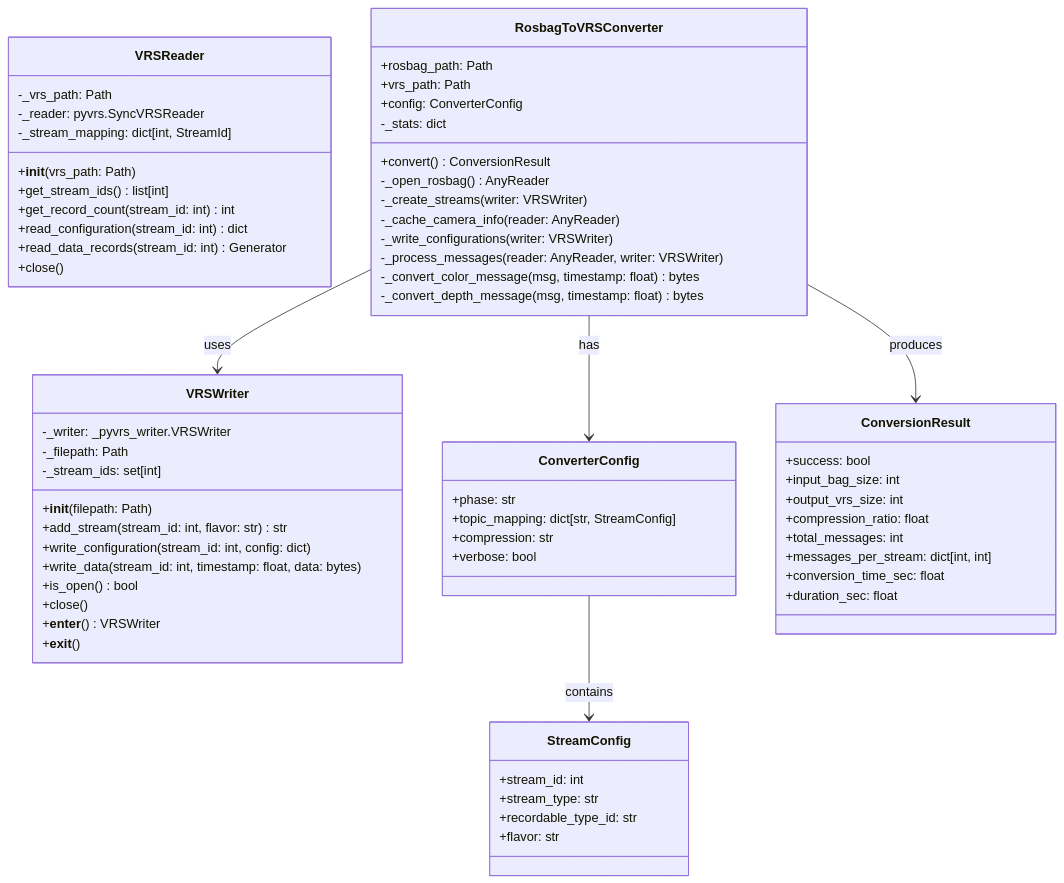
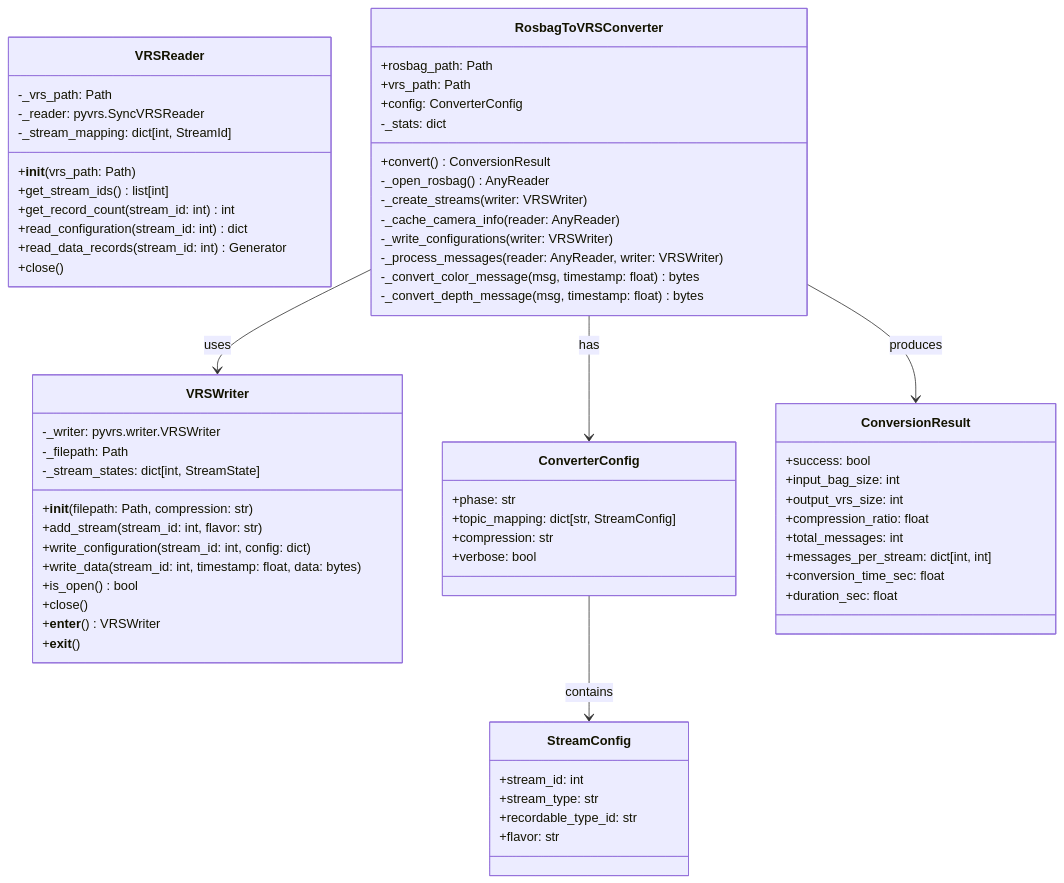
The second of 4 diagrams in docs/IMPLEMENTATION.md (yuki-inaho/realsense_rosbag_vrs_sandbox), drawn with Mermaid before and after one commit. The commit also changed other lines of this file and 53 other files, not shown here.

````diff
--- a/docs/IMPLEMENTATION.md
+++ b/docs/IMPLEMENTATION.md
@@ -92,73 +88,73 @@
 ```mermaid
 classDiagram
     class VRSWriter {
-        -_writer: _pyvrs_writer.VRSWriter
+        -_writer: pyvrs.writer.VRSWriter
         -_filepath: Path
-        -_stream_ids: set[int]
-        +__init__(filepath: Path)
-        +add_stream(stream_id: int, flavor: str) str
+        -_stream_states: dict[int, StreamState]
+        +__init__(filepath: Path, compression: str)
+        +add_stream(stream_id: int, flavor: str)
         +write_configuration(stream_id: int, config: dict)
         +write_data(stream_id: int, timestamp: float, data: bytes)
         +is_open() bool
         +close()
         +__enter__() VRSWriter
         +__exit__()
     }
 
     class VRSReader {
         -_vrs_path: Path
         -_reader: pyvrs.SyncVRSReader
         -_stream_mapping: dict[int, StreamId]
         +__init__(vrs_path: Path)
         +get_stream_ids() list[int]
         +get_record_count(stream_id: int) int
         +read_configuration(stream_id: int) dict
         +read_data_records(stream_id: int) Generator
         +close()
     }
 
     class RosbagToVRSConverter {
         +rosbag_path: Path
         +vrs_path: Path
         +config: ConverterConfig
         -_stats: dict
         +convert() ConversionResult
         -_open_rosbag() AnyReader
         -_create_streams(writer: VRSWriter)
         -_cache_camera_info(reader: AnyReader)
         -_write_configurations(writer: VRSWriter)
         -_process_messages(reader: AnyReader, writer: VRSWriter)
         -_convert_color_message(msg, timestamp: float) bytes
         -_convert_depth_message(msg, timestamp: float) bytes
     }
 
     class ConverterConfig {
         +phase: str
         +topic_mapping: dict[str, StreamConfig]
         +compression: str
         +verbose: bool
     }
 
     class StreamConfig {
         +stream_id: int
         +stream_type: str
         +recordable_type_id: str
         +flavor: str
     }
 
     class ConversionResult {
         +success: bool
         +input_bag_size: int
         +output_vrs_size: int
         +compression_ratio: float
         +total_messages: int
         +messages_per_stream: dict[int, int]
         +conversion_time_sec: float
         +duration_sec: float
     }
 
     RosbagToVRSConverter --> VRSWriter : uses
     RosbagToVRSConverter --> ConverterConfig : has
     RosbagToVRSConverter --> ConversionResult : produces
     ConverterConfig --> StreamConfig : contains
 ```
````
